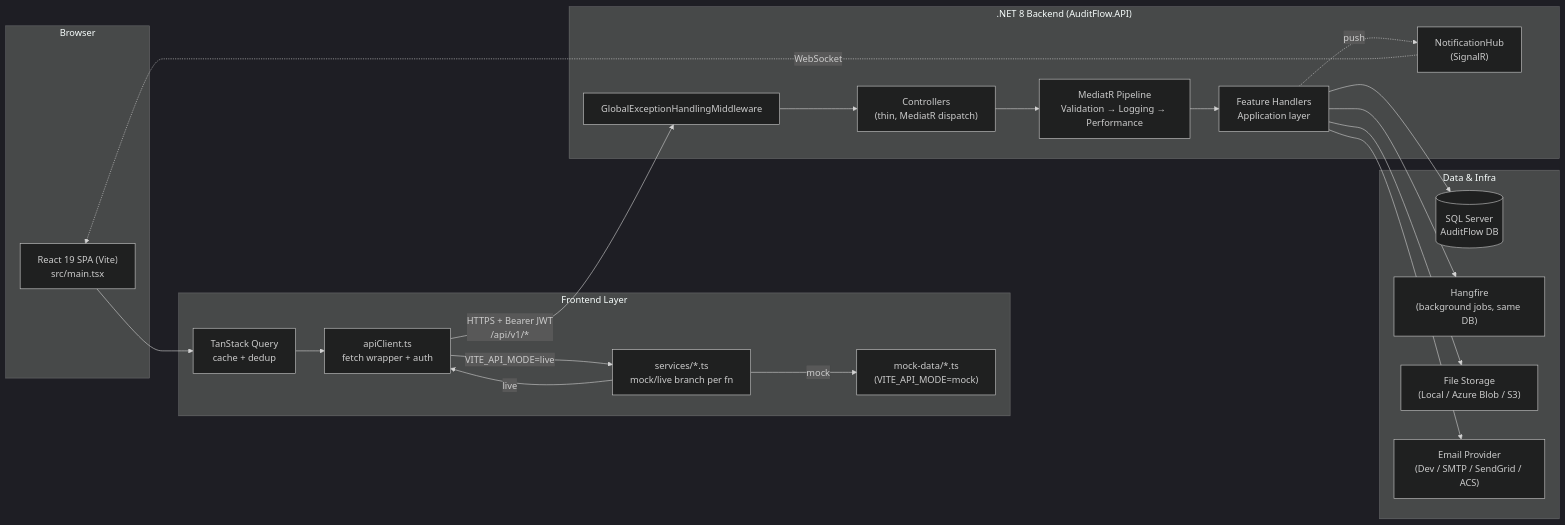
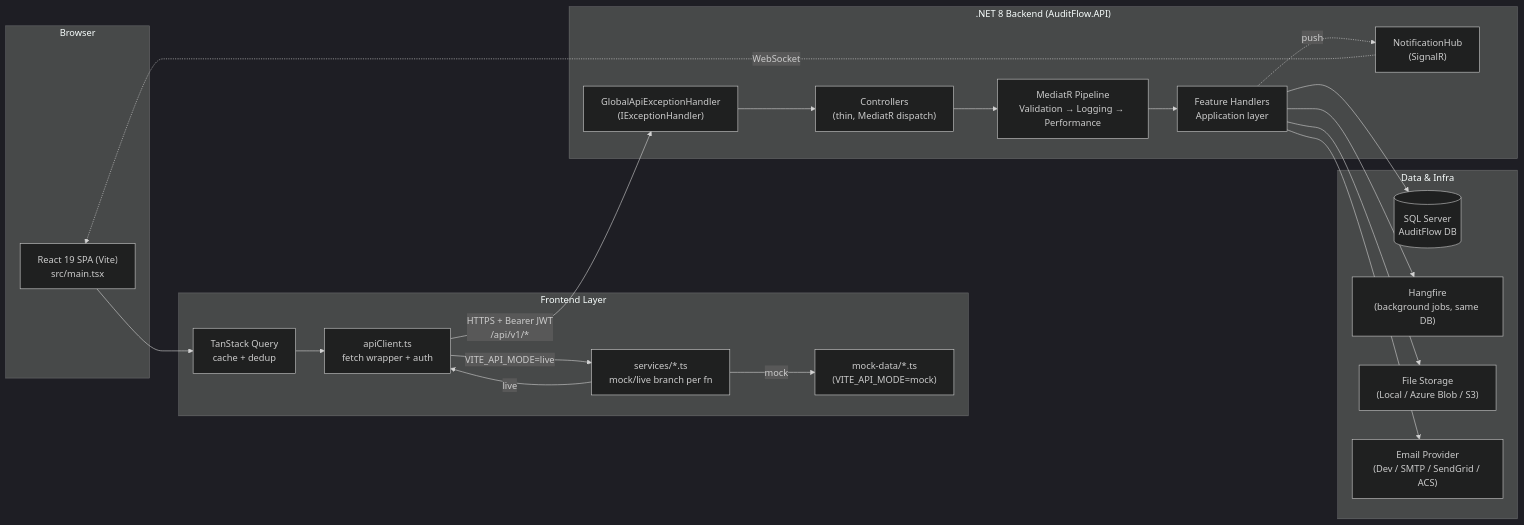
One commit to rvtech1991-hue/AuditFlow-Frontend changed the first of 7 diagrams in ARCHITECTURE.md. Above: the diagram before and after it, drawn with Mermaid (dark theme). The commit also changed other lines of this file and 7 other files, not shown here.

````diff
--- a/ARCHITECTURE.md
+++ b/ARCHITECTURE.md
@@ -9,39 +9,39 @@
 ```mermaid
 flowchart LR
     subgraph Client["Browser"]
         SPA["React 19 SPA (Vite)\nsrc/main.tsx"]
     end
 
     subgraph FE["Frontend Layer"]
         RQ["TanStack Query\ncache + dedup"]
         AC["apiClient.ts\nfetch wrapper + auth"]
         SVC["services/*.ts\nmock/live branch per fn"]
         MOCK["mock-data/*.ts\n(VITE_API_MODE=mock)"]
     end
 
     subgraph BE[".NET 8 Backend (AuditFlow.API)"]
-        MW["GlobalExceptionHandlingMiddleware"]
+        MW["GlobalApiExceptionHandler\n(IExceptionHandler)"]
         CTRL["Controllers\n(thin, MediatR dispatch)"]
         MED["MediatR Pipeline\nValidation → Logging → Performance"]
         HND["Feature Handlers\nApplication layer"]
         HUB["NotificationHub\n(SignalR)"]
     end
 
     subgraph DATA["Data & Infra"]
         DB[("SQL Server\nAuditFlow DB")]
         HF["Hangfire\n(background jobs, same DB)"]
         FS["File Storage\n(Local / Azure Blob / S3)"]
         MAIL["Email Provider\n(Dev / SMTP / SendGrid / ACS)"]
     end
 
     SPA --> RQ --> AC
     AC -->|"VITE_API_MODE=live"| SVC
     SVC -->|mock| MOCK
     SVC -->|live| AC
     AC -->|"HTTPS + Bearer JWT\n/api/v1/*"| MW --> CTRL --> MED --> HND
     HND --> DB
     HND --> HF
     HND --> FS
     HND --> MAIL
     HND -.->|push| HUB -.->|WebSocket| SPA
 ```
````
